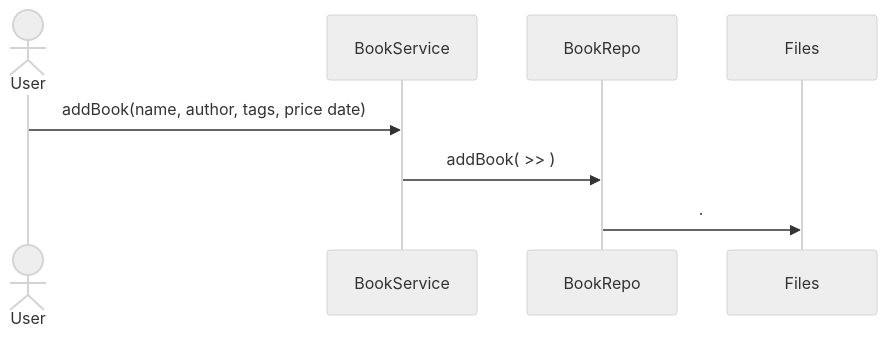
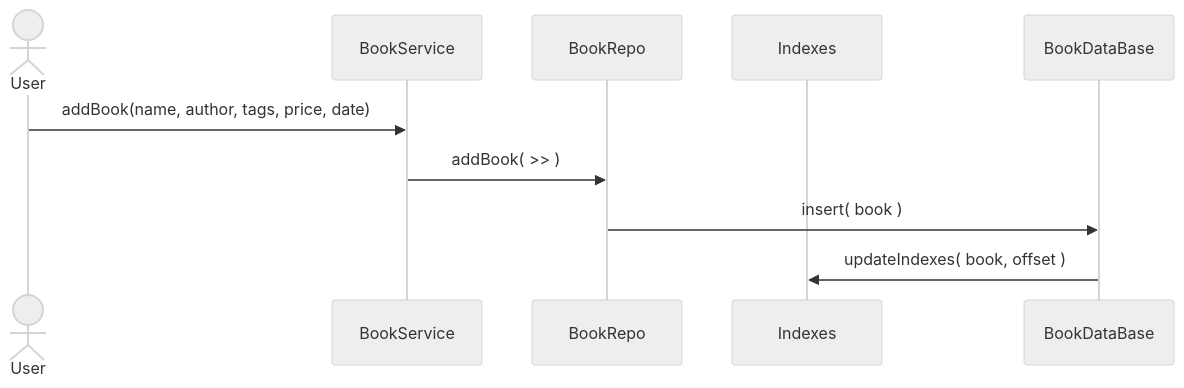
Before and after one commit to Apameus/Bookly: the second of 7 diagrams in docs/high_level_architecture.md, drawn with Mermaid (neutral theme). The commit also changed other lines of this file and 1 other file, not shown here.

````diff
--- a/docs/high_level_architecture.md
+++ b/docs/high_level_architecture.md
@@ -19,10 +19,12 @@
 ```mermaid
 sequenceDiagram
     actor U as User
     participant BS as BookService
     participant BR as BookRepo
-    participant F as Files
-    U ->> BS: addBook(name, author, tags, price date)
+    participant I as Indexes
+    participant DB as BookDataBase
+    U ->> BS: addBook(name, author, tags, price, date)
     BS ->> BR: addBook( >> )
-    BR ->> F: .
+    BR ->> DB: insert( book )
+    DB ->> I: updateIndexes( book, offset )
 ```
````
